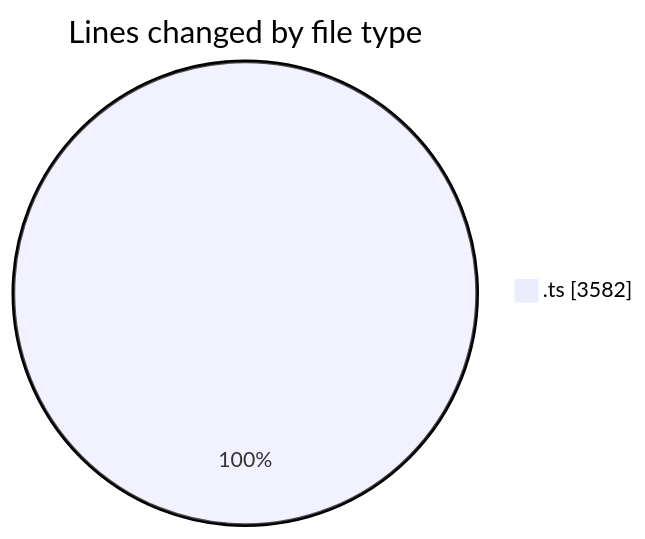
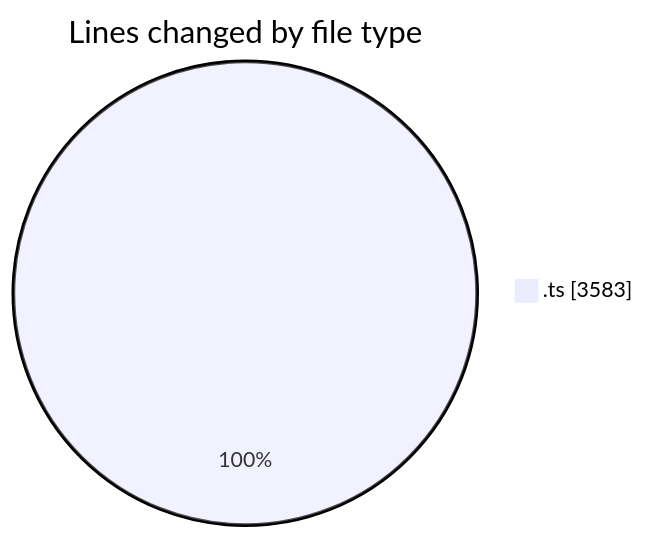
Before and after one commit to momahboobian/code-tracking: the first of 2 diagrams in 2025-10-23/cda/README.md, drawn with Mermaid. The commit also changed other lines of this file and 1 other file, not shown here.

````diff
--- a/2025-10-23/cda/README.md
+++ b/2025-10-23/cda/README.md
@@ -24,5 +24,5 @@
 ```mermaid
 pie showData
 title Lines changed by file type
-".ts" : 3582
+".ts" : 3583
 ```
````
